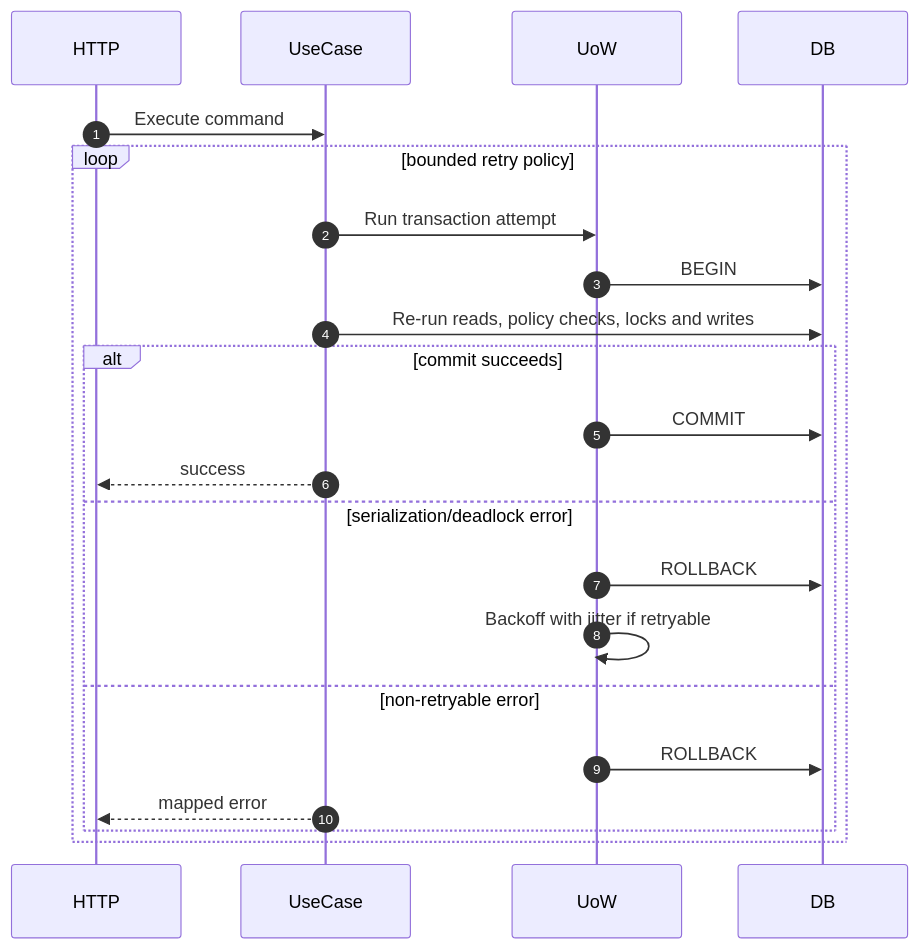
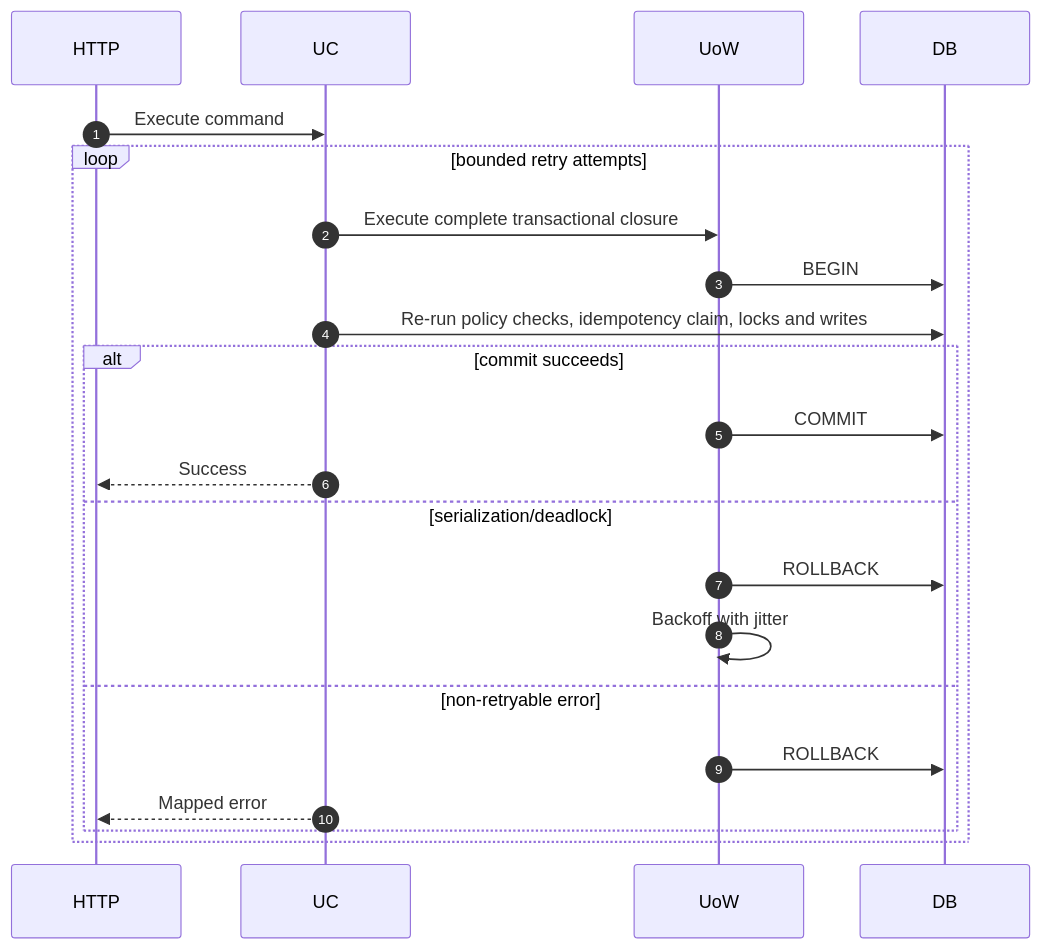
One commit to GulovM/PharmacyCRM changed diagram 17 of 19 in docs/10-sequence-diagrams.md. Above: the diagram before and after it, drawn with Mermaid. The commit also changed other lines of this file, not shown here.

Commit message:
Harden critical sequence and transaction protocols

````diff
--- a/docs/10-sequence-diagrams.md
+++ b/docs/10-sequence-diagrams.md
@@ -541,25 +769,25 @@
 ```mermaid
 sequenceDiagram
     autonumber
     participant HTTP
-    participant UseCase
+    participant UC
     participant UoW
     participant DB
 
-    HTTP->>UseCase: Execute command
-    loop bounded retry policy
-        UseCase->>UoW: Run transaction attempt
+    HTTP->>UC: Execute command
+    loop bounded retry attempts
+        UC->>UoW: Execute complete transactional closure
         UoW->>DB: BEGIN
-        UseCase->>DB: Re-run reads, policy checks, locks and writes
+        UC->>DB: Re-run policy checks, idempotency claim, locks and writes
         alt commit succeeds
             UoW->>DB: COMMIT
-            UseCase-->>HTTP: success
-        else serialization/deadlock error
+            UC-->>HTTP: Success
+        else serialization/deadlock
             UoW->>DB: ROLLBACK
-            UoW->>UoW: Backoff with jitter if retryable
+            UoW->>UoW: Backoff with jitter
         else non-retryable error
             UoW->>DB: ROLLBACK
-            UseCase-->>HTTP: mapped error
+            UC-->>HTTP: Mapped error
         end
     end
 ```
````
